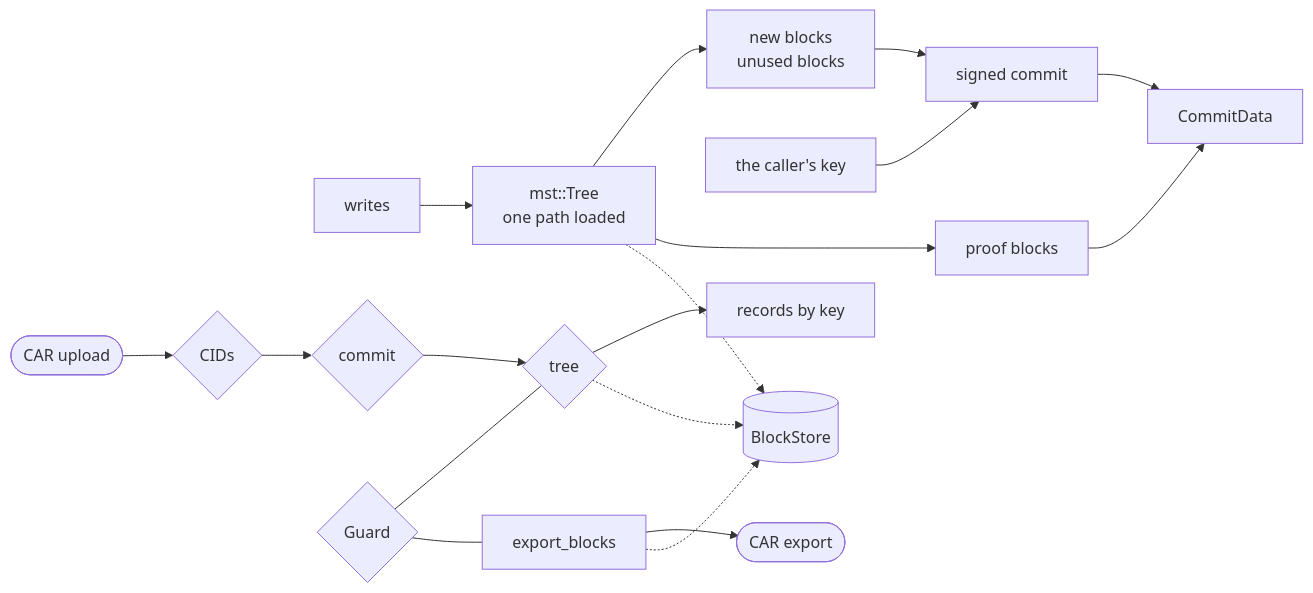
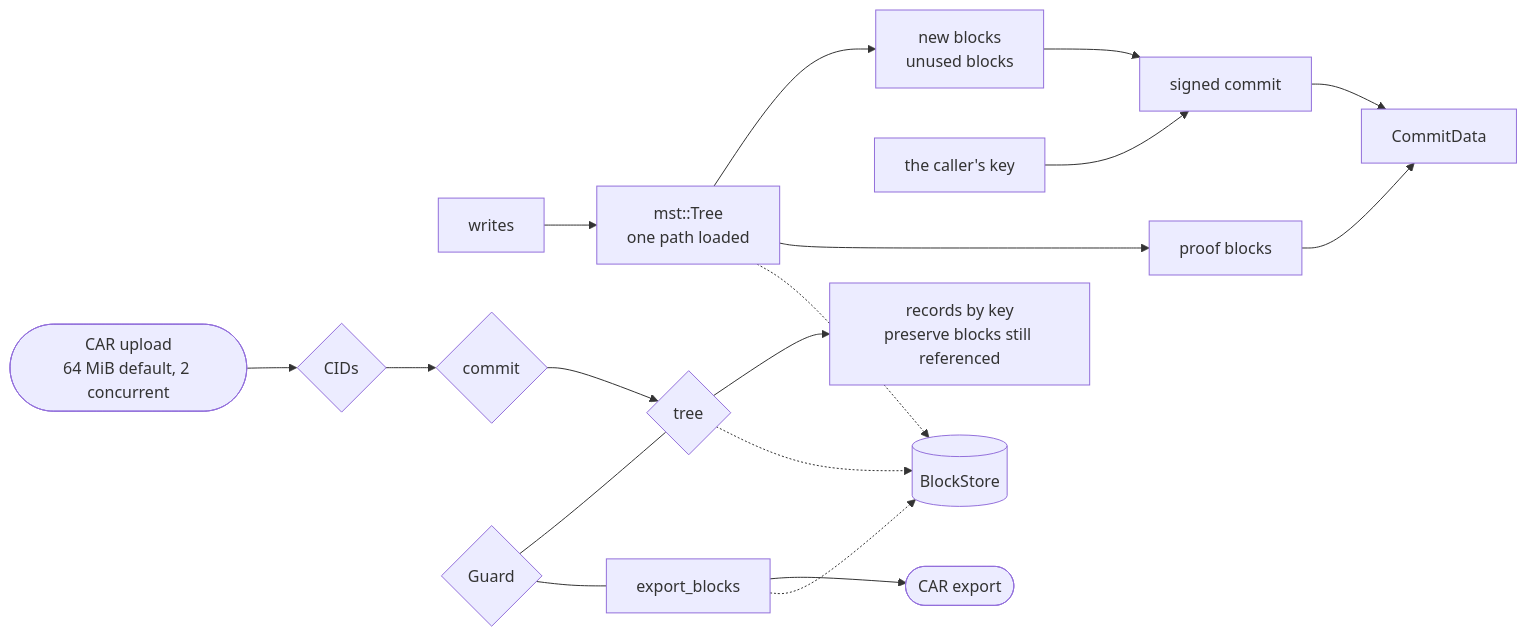
One commit to linkjar/pds changed the diagram in docs/architecture/diagrams/19-repository-engine.mmd. Above: the diagram before and after it, drawn with Mermaid. The commit also changed 272 other files, not shown here.

```diff
--- a/docs/architecture/diagrams/19-repository-engine.mmd
+++ b/docs/architecture/diagrams/19-repository-engine.mmd
@@ -1,34 +1,34 @@
 flowchart LR
   writes[writes]
   tree[mst::Tree<br/>one path loaded]
   changes[new blocks<br/>unused blocks]
   proof[proof blocks]
   signer[the caller's key]
   commit[signed commit]
   data[CommitData]
-  upload([CAR upload])
+  upload([CAR upload<br/>64 MiB default, 2 concurrent])
   rcar{CIDs}
   ccheck{commit}
   rtree{tree}
   guard{Guard}
-  records[records by key]
+  records[records by key<br/>preserve blocks still referenced]
   exp[export_blocks]
   out([CAR export])
   store[(BlockStore)]
   writes --> tree
   tree --> changes
   tree --> proof
   changes --> commit
   signer --> commit
   proof --> data
   commit --> data
   upload --> rcar
   rcar --> ccheck
   ccheck --> rtree
   rtree --> records
   guard --- rtree
   guard --- exp
   exp --> out
   tree -.-> store
   rtree -.-> store
   exp -.-> store
```
